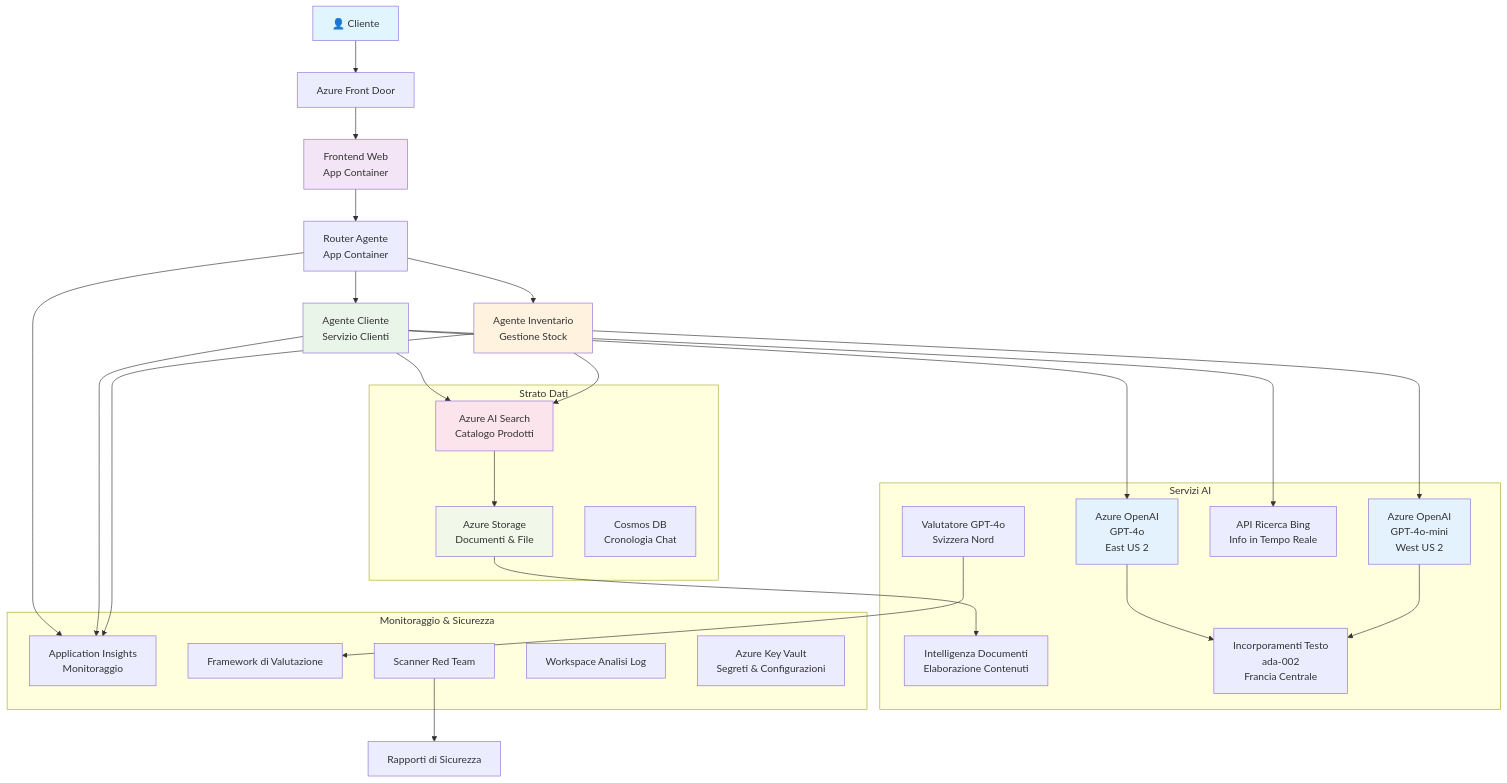
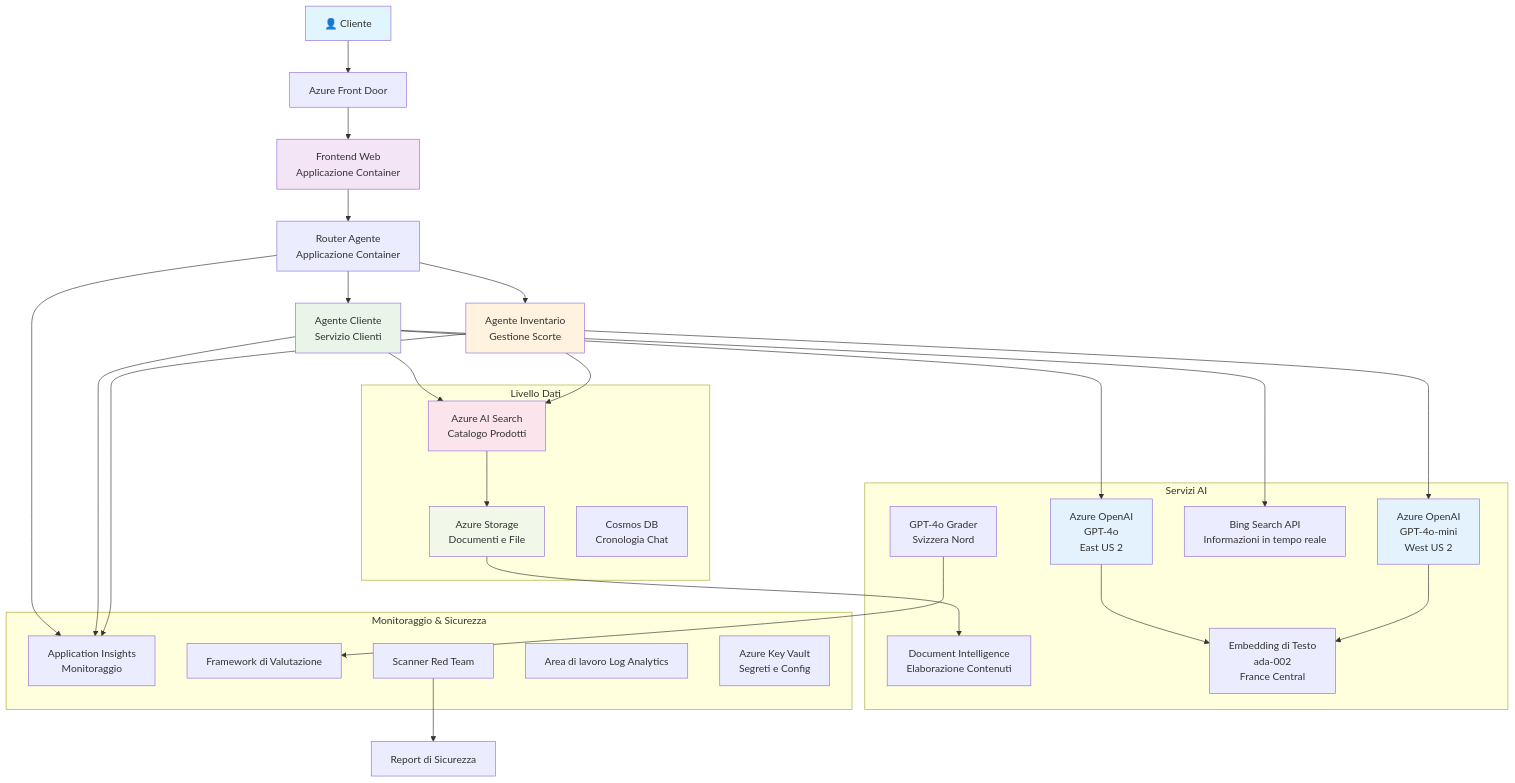
The diagram in translations/it/examples/retail-scenario.md (microsoft/AZD-for-beginners), drawn with Mermaid before and after one commit. The commit also changed other lines of this file and 242 other files, not shown here.

````diff
--- a/translations/it/examples/retail-scenario.md
+++ b/translations/it/examples/retail-scenario.md
@@ -148,61 +139,61 @@
 ```mermaid
 graph TB
     User[👤 Cliente] --> LB[Azure Front Door]
-    LB --> WebApp[Frontend Web<br/>App Container]
+    LB --> WebApp[Frontend Web<br/>Applicazione Container]
     
-    WebApp --> Router[Router Agente<br/>App Container]
+    WebApp --> Router[Router Agente<br/>Applicazione Container]
     Router --> CustomerAgent[Agente Cliente<br/>Servizio Clienti]
-    Router --> InvAgent[Agente Inventario<br/>Gestione Stock]
+    Router --> InvAgent[Agente Inventario<br/>Gestione Scorte]
     
     CustomerAgent --> OpenAI1[Azure OpenAI<br/>GPT-4o<br/>East US 2]
     InvAgent --> OpenAI2[Azure OpenAI<br/>GPT-4o-mini<br/>West US 2]
     
     CustomerAgent --> AISearch[Azure AI Search<br/>Catalogo Prodotti]
-    CustomerAgent --> BingSearch[API Ricerca Bing<br/>Info in Tempo Reale]
+    CustomerAgent --> BingSearch[Bing Search API<br/>Informazioni in tempo reale]
     InvAgent --> AISearch
     
-    AISearch --> Storage[Azure Storage<br/>Documenti & File]
-    Storage --> DocIntel[Intelligenza Documenti<br/>Elaborazione Contenuti]
+    AISearch --> Storage[Azure Storage<br/>Documenti e File]
+    Storage --> DocIntel[Document Intelligence<br/>Elaborazione Contenuti]
     
-    OpenAI1 --> Embeddings[Incorporamenti Testo<br/>ada-002<br/>Francia Centrale]
+    OpenAI1 --> Embeddings[Embedding di Testo<br/>ada-002<br/>France Central]
     OpenAI2 --> Embeddings
     
     Router --> AppInsights[Application Insights<br/>Monitoraggio]
     CustomerAgent --> AppInsights
     InvAgent --> AppInsights
     
-    GraderModel[Valutatore GPT-4o<br/>Svizzera Nord] --> Evaluation[Framework di Valutazione]
-    RedTeam[Scanner Red Team] --> SecurityReports[Rapporti di Sicurezza]
+    GraderModel[GPT-4o Grader<br/>Svizzera Nord] --> Evaluation[Framework di Valutazione]
+    RedTeam[Scanner Red Team] --> SecurityReports[Report di Sicurezza]
     
-    subgraph "Strato Dati"
+    subgraph "Livello Dati"
         Storage
         AISearch
         CosmosDB[Cosmos DB<br/>Cronologia Chat]
     end
     
     subgraph "Servizi AI"
         OpenAI1
         OpenAI2
         Embeddings
         GraderModel
         DocIntel
         BingSearch
     end
     
     subgraph "Monitoraggio & Sicurezza"
         AppInsights
-        LogAnalytics[Workspace Analisi Log]
-        KeyVault[Azure Key Vault<br/>Segreti & Configurazioni]
+        LogAnalytics[Area di lavoro Log Analytics]
+        KeyVault[Azure Key Vault<br/>Segreti e Config]
         RedTeam
         Evaluation
     end
     
     style User fill:#e1f5fe
     style WebApp fill:#f3e5f5
     style CustomerAgent fill:#e8f5e8
     style InvAgent fill:#fff3e0
     style OpenAI1 fill:#e3f2fd
     style OpenAI2 fill:#e3f2fd
     style AISearch fill:#fce4ec
     style Storage fill:#f1f8e9
 ```
````
